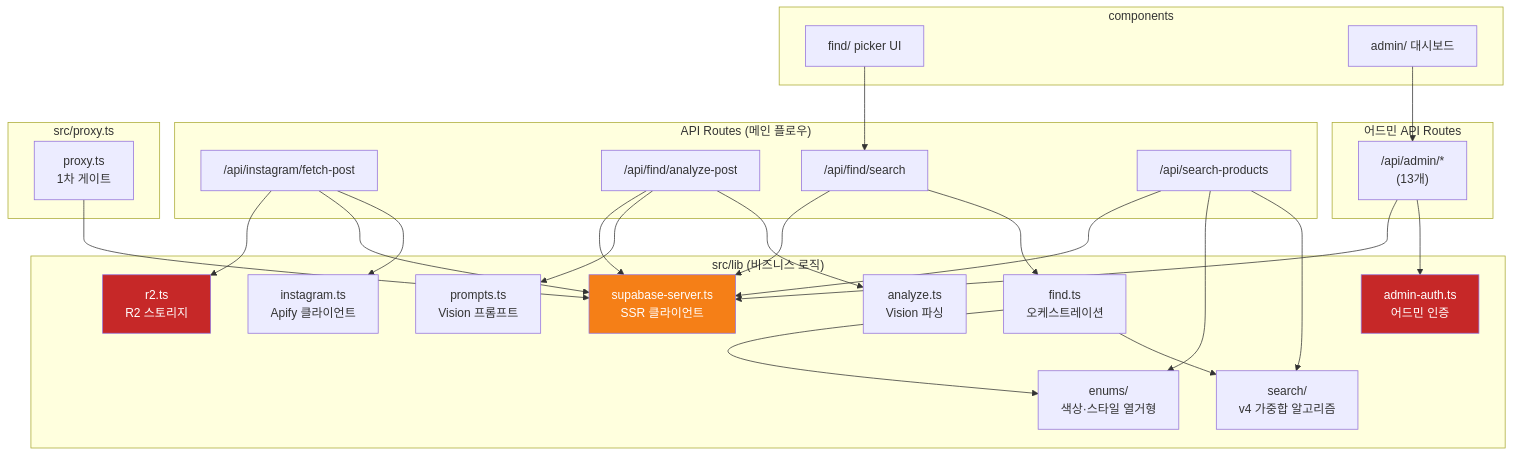
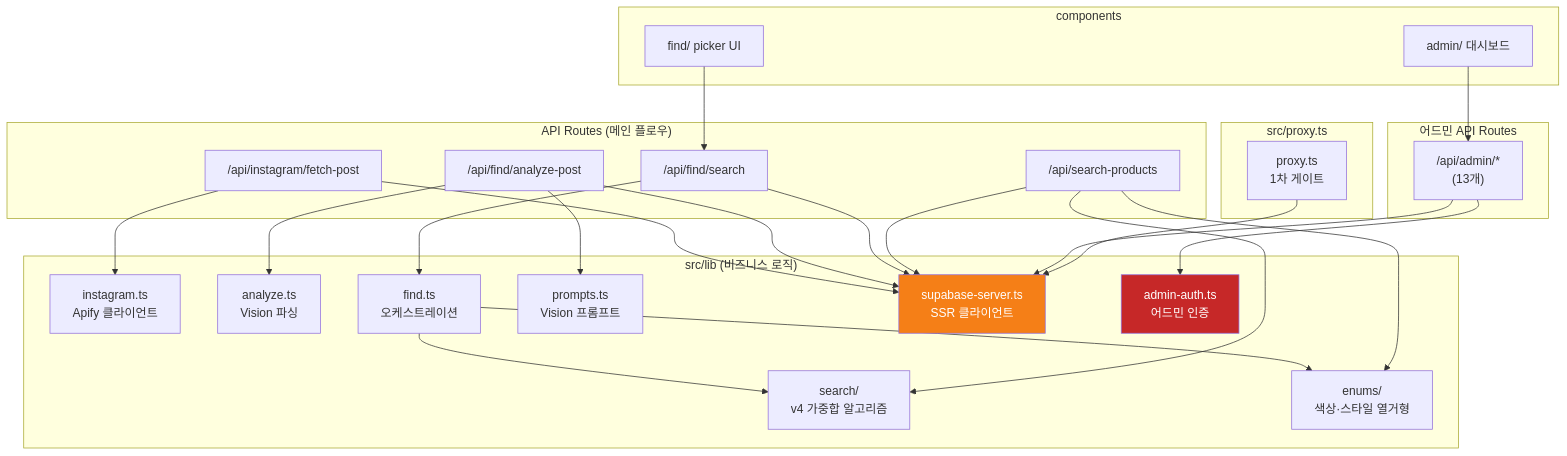
The diagram in .moai/project/codemaps/dependencies.md (endurance-ai/portal.ai), drawn with Mermaid before and after one commit. The commit also changed other lines of this file and 8 other files, not shown here.

````diff
--- a/.moai/project/codemaps/dependencies.md
+++ b/.moai/project/codemaps/dependencies.md
@@ -56,63 +55,60 @@
 ```mermaid
 graph TD
     subgraph "API Routes (메인 플로우)"
         A1["/api/instagram/fetch-post"]
         A2["/api/find/analyze-post"]
         A3["/api/find/search"]
         A4["/api/search-products"]
     end
 
     subgraph "src/lib (비즈니스 로직)"
         L1["instagram.ts\nApify 클라이언트"]
         L2["analyze.ts\nVision 파싱"]
         L3["find.ts\n오케스트레이션"]
         L4["search/\nv4 가중합 알고리즘"]
         L5["enums/\n색상·스타일 열거형"]
         L6["prompts.ts\nVision 프롬프트"]
         L7["supabase-server.ts\nSSR 클라이언트"]
-        L8["r2.ts\nR2 스토리지"]
         L9["admin-auth.ts\n어드민 인증"]
     end
 
     A1 --> L1
     A1 --> L7
-    A1 --> L8
 
     A2 --> L2
     A2 --> L6
     A2 --> L7
 
     A3 --> L3
     A3 --> L7
     L3 --> L4
     L3 --> L5
 
     A4 --> L4
     A4 --> L5
     A4 --> L7
 
     subgraph "어드민 API Routes"
         B1["/api/admin/*\n(13개)"]
     end
 
     B1 --> L9
     B1 --> L7
 
     subgraph "src/proxy.ts"
         P["proxy.ts\n1차 게이트"]
     end
 
     P --> L7
 
     subgraph "components"
         C1["find/ picker UI"]
         C2["admin/ 대시보드"]
     end
 
     C1 --> A3
     C2 --> B1
 
-    style L8 fill:#c62828,color:#fff
     style L9 fill:#c62828,color:#fff
     style L7 fill:#f57f17,color:#fff
 ```
````
